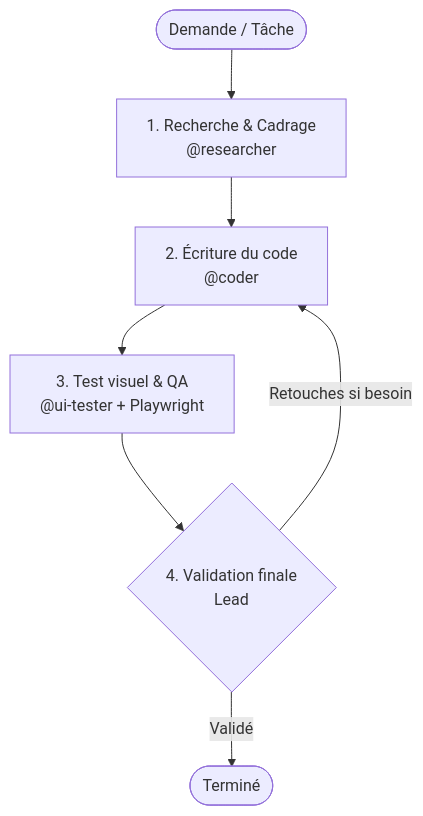
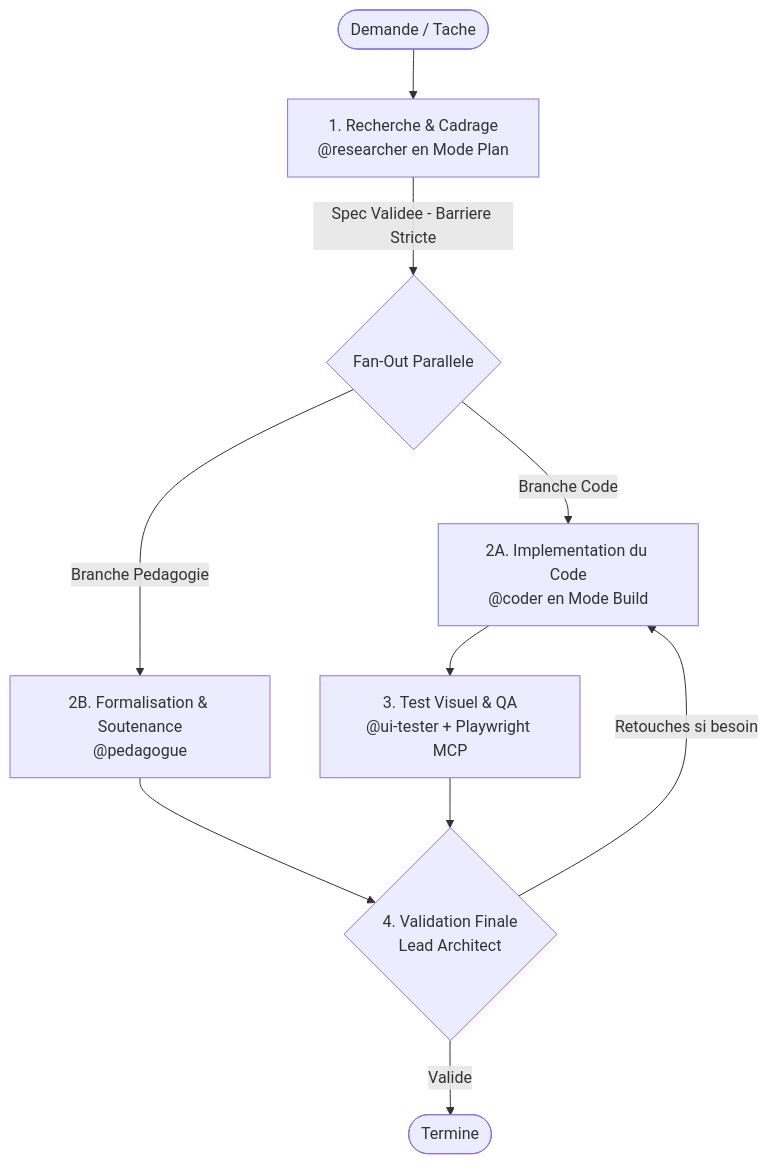
The diagram in README.fr.md (lyko27/worflow-AI), drawn with Mermaid before and after one commit. The commit also changed other lines of this file and 6 other files, not shown here.

````diff
--- a/README.fr.md
+++ b/README.fr.md
@@ -15,9 +15,12 @@
 ```mermaid
 flowchart TD
-    Start([Demande / Tâche]) --> P1[1. Recherche & Cadrage\n@researcher]
-    P1 --> P2[2. Écriture du code\n@coder]
-    P2 --> P3[3. Test visuel & QA\n@ui-tester + Playwright]
-    P3 --> P4{4. Validation finale\nLead}
-    P4 -- Retouches si besoin --> P2
-    P4 -- Validé --> End([Terminé])
+    Start([Demande / Tache]) --> P1[1. Recherche & Cadrage\n@researcher en Mode Plan]
+    P1 -->|Spec Validee - Barriere Stricte| FanOut{Fan-Out Parallele}
+    FanOut -->|Branche Code| P2A[2A. Implementation du Code\n@coder en Mode Build]
+    FanOut -->|Branche Pedagogie| P2B[2B. Formalisation & Soutenance\n@pedagogue]
+    P2A --> P3[3. Test Visuel & QA\n@ui-tester + Playwright MCP]
+    P2B --> P4
+    P3 --> P4{4. Validation Finale\nLead Architect}
+    P4 -- Retouches si besoin --> P2A
+    P4 -- Valide --> End([Termine])
 ```
````
